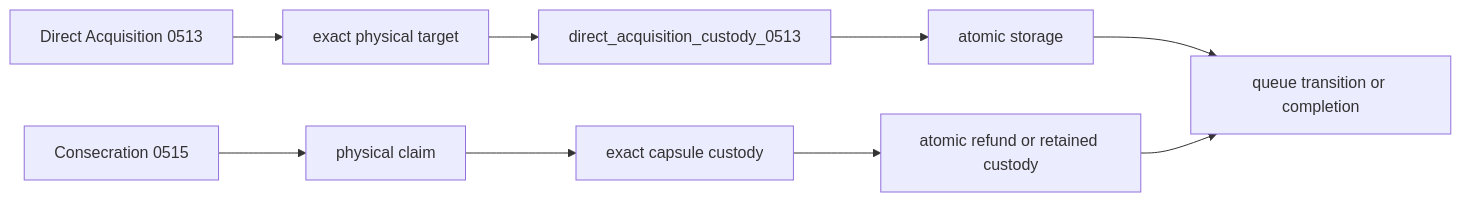
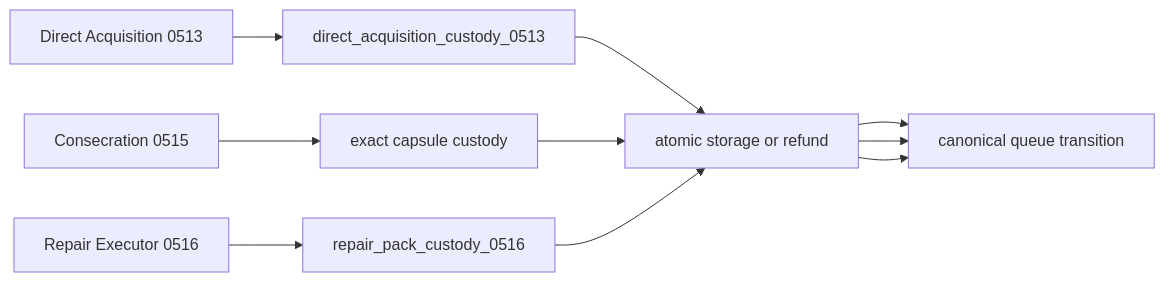
One commit to mrcalzon02/Tech-Priests changed the sixth of 12 diagrams in docs/RECOVERY_AUTHORITY_MAP_CURRENT.md. Above: the diagram before and after it, drawn with Mermaid. The commit also changed other lines of this file, not shown here.

````diff
--- a/docs/RECOVERY_AUTHORITY_MAP_CURRENT.md
+++ b/docs/RECOVERY_AUTHORITY_MAP_CURRENT.md
@@ -143,15 +152,15 @@
 ```mermaid
 flowchart LR
     Direct[Direct Acquisition 0513]
-    Target[exact physical target]
     DirectCustody[direct_acquisition_custody_0513]
-    Storage[atomic storage]
-    Transition[queue transition or completion]
     Consecrate[Consecration 0515]
-    Claim[physical claim]
     Capsule[exact capsule custody]
-    Refund[atomic refund or retained custody]
+    Repair[Repair Executor 0516]
+    Pack[repair_pack_custody_0516]
+    Storage[atomic storage or refund]
+    Queue[canonical queue transition]
 
-    Direct --> Target --> DirectCustody --> Storage --> Transition
-    Consecrate --> Claim --> Capsule --> Refund --> Transition
+    Direct --> DirectCustody --> Storage --> Queue
+    Consecrate --> Capsule --> Storage --> Queue
+    Repair --> Pack --> Storage --> Queue
 ```
````
